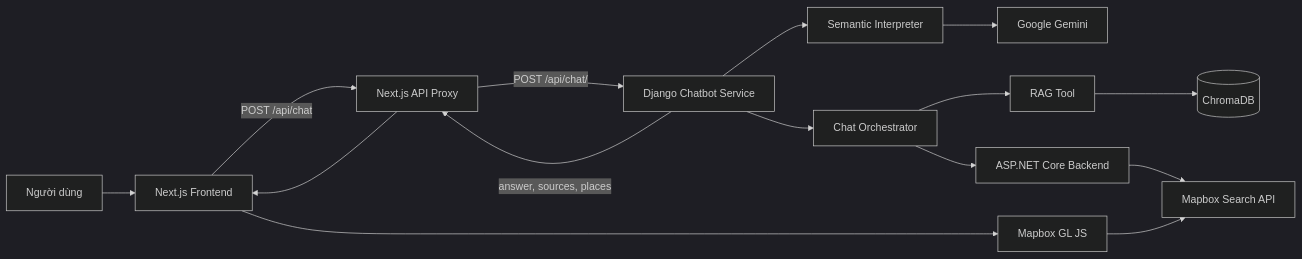
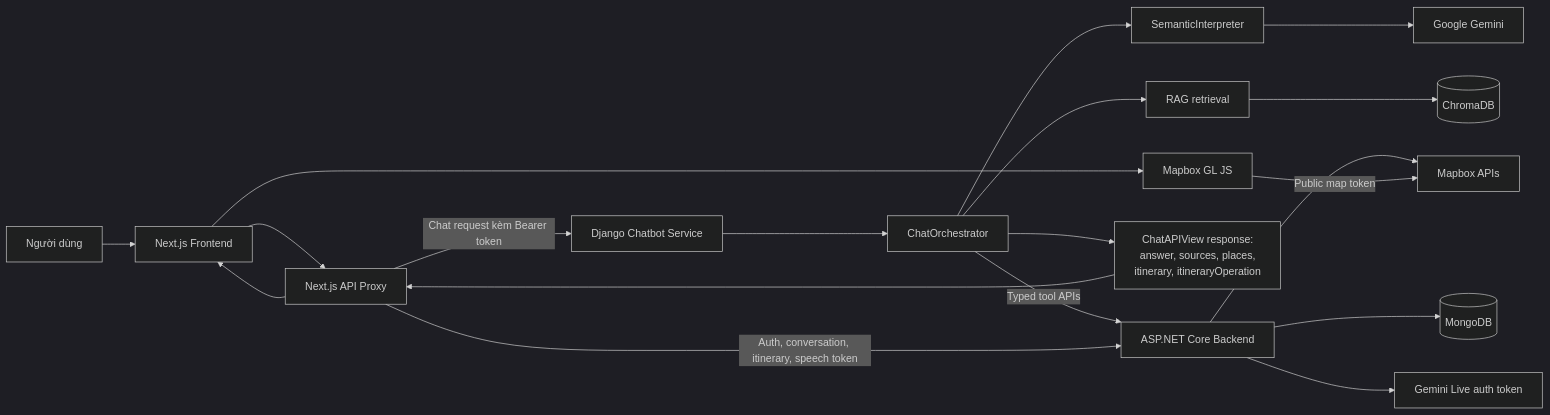
Before and after one commit to nguyendinhhung04/Travel-Chatbot: the first of 12 diagrams in README.md, drawn with Mermaid (dark theme). The commit also changed other lines of this file and 9 other files, not shown here.

````diff
--- a/README.md
+++ b/README.md
@@ -24,19 +24,24 @@
 ```mermaid
 flowchart LR
     U[Người dùng] --> FE[Next.js Frontend]
-    FE -->|POST /api/chat| NP[Next.js API Proxy]
-    NP -->|POST /api/chat/| DJ[Django Chatbot Service]
+    FE --> NP[Next.js API Proxy]
 
-    DJ --> SI[Semantic Interpreter]
+    NP -->|Chat request kèm Bearer token| DJ[Django Chatbot Service]
+    DJ --> OR[ChatOrchestrator]
+    OR --> SI[SemanticInterpreter]
     SI --> GM[Google Gemini]
-    DJ --> OR[Chat Orchestrator]
-    OR --> RAG[RAG Tool]
+    OR --> RAG[RAG retrieval]
     RAG --> CH[(ChromaDB)]
-    OR --> NET[ASP.NET Core Backend]
-    NET --> MB[Mapbox Search API]
+    OR -->|Typed tool APIs| NET[ASP.NET Core Backend]
 
-    DJ -->|answer, sources, places| NP
+    NP -->|Auth, conversation, itinerary, speech token| NET
+    NET --> MB[Mapbox APIs]
+    NET --> DB[(MongoDB)]
+    NET --> LIVE[Gemini Live auth token]
+
+    OR --> OUT[ChatAPIView response:<br/>answer, sources, places,<br/>itinerary, itineraryOperation]
+    OUT --> NP
     NP --> FE
     FE --> MAP[Mapbox GL JS]
-    MAP --> MB
+    MAP -->|Public map token| MB
 ```
````
